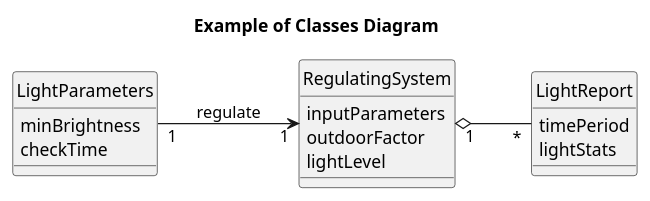
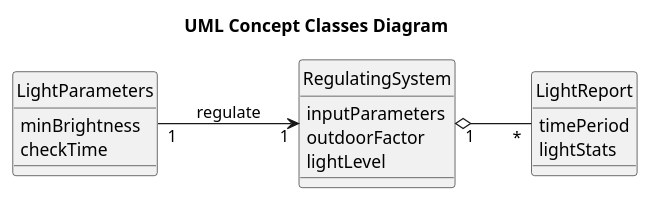
One commit to oleksandrblazhko/ai-215-horchynskyi changed the diagram in 2-SoftwareDesign/2.7-PlantUML/UML-ConceptClasses.puml. Above: the diagram before and after it, drawn with PlantUML.

```diff
--- a/2-SoftwareDesign/2.7-PlantUML/UML-ConceptClasses.puml
+++ b/2-SoftwareDesign/2.7-PlantUML/UML-ConceptClasses.puml
@@ -1,28 +1,28 @@
 @startuml
 
 left to right direction
 
 hide circle
-title Example of Classes Diagram 
+title UML Concept Classes Diagram 
 
 Class LightParameters {
     minBrightness
     checkTime
 }
 
 Class RegulatingSystem {
     inputParameters
     outdoorFactor
     lightLevel
 }
 
 Class LightReport {
     timePeriod
     lightStats
 }
 
 LightParameters"1" --> "1"RegulatingSystem : regulate
 
 RegulatingSystem"1" o-- "*"LightReport 
 
 @enduml
```
